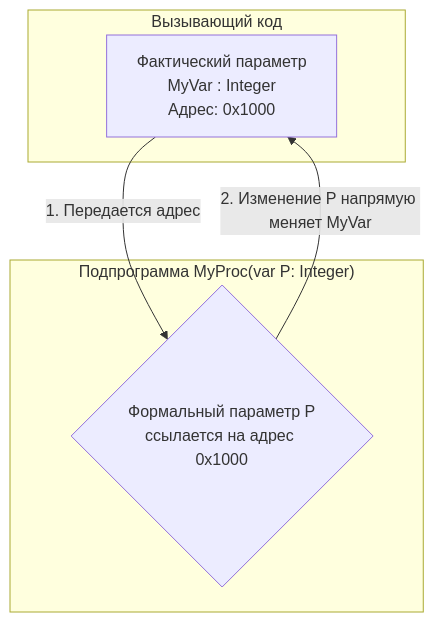
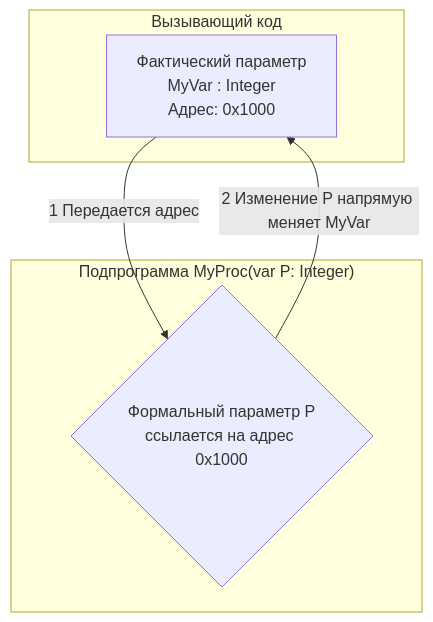
The third of 16 diagrams in oaip-24-25/теория.md (readyyyk/reader), drawn with Mermaid before and after one commit. The commit also changed other lines of this file and 5 other files, not shown here.

````diff
--- a/oaip-24-25/теория.md
+++ b/oaip-24-25/теория.md
@@ -178,13 +189,13 @@
 ```mermaid
 graph TD
     subgraph "Вызывающий код"
         A[Фактический параметр<br>MyVar : Integer<br>Адрес: 0x1000]
     end
     
     subgraph "Подпрограмма MyProc(var P: Integer)"
         B{Формальный параметр P<br>ссылается на адрес 0x1000}
     end
 
-    A --"1. Передается адрес"--> B
-    B --"2. Изменение P напрямую меняет MyVar"--> A
+    A --"1 Передается адрес"--> B
+    B --"2 Изменение P напрямую меняет MyVar"--> A
 ```
````
